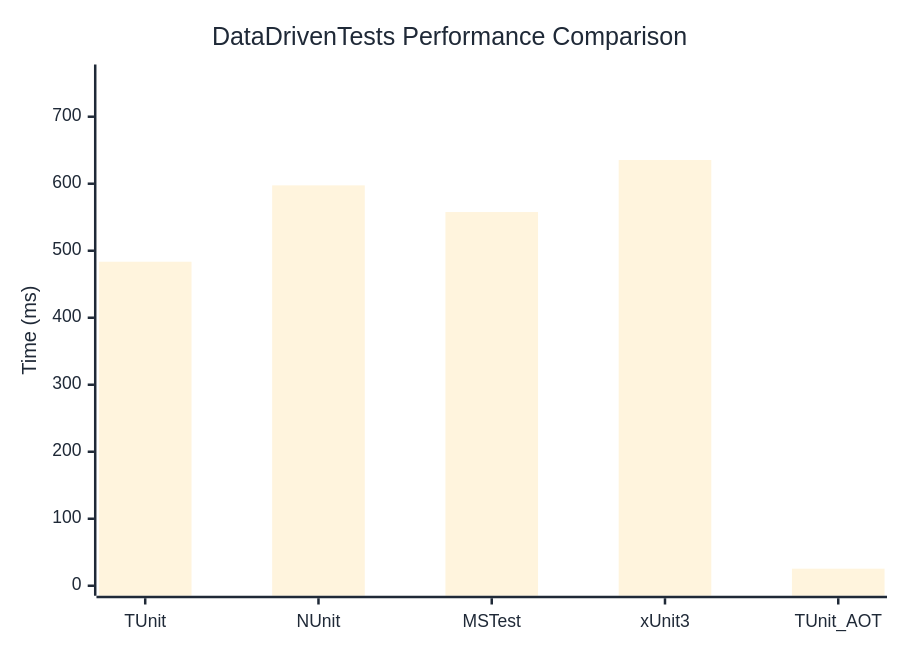
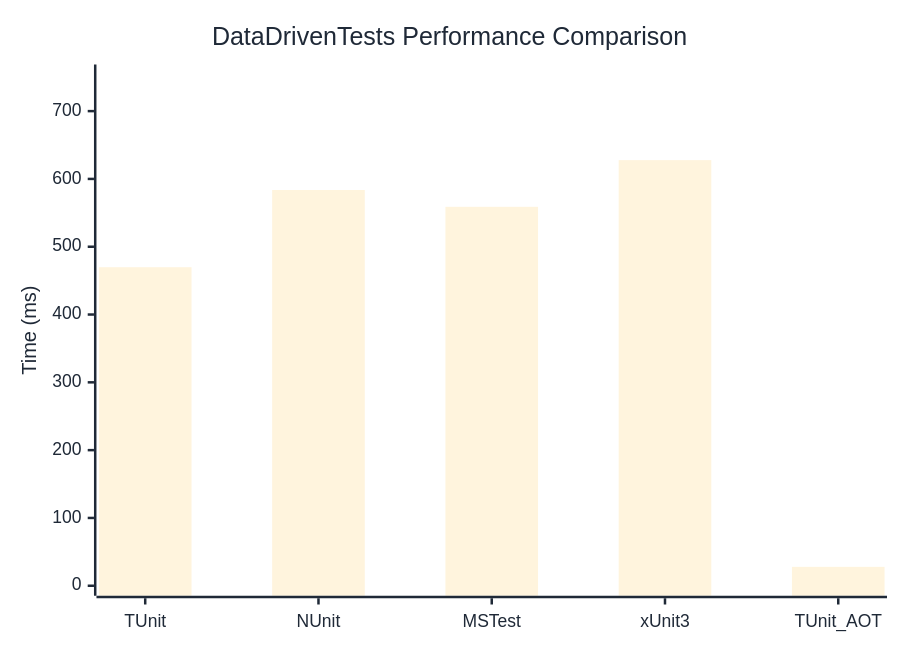
The diagram in docs/docs/benchmarks/DataDrivenTests.md (thomhurst/TUnit), drawn with Mermaid before and after one commit. The commit also changed other lines of this file and 17 other files, not shown here.

````diff
--- a/docs/docs/benchmarks/DataDrivenTests.md
+++ b/docs/docs/benchmarks/DataDrivenTests.md
@@ -27,37 +27,37 @@
 ```mermaid
 %%{init: {
   'theme':'base',
   'themeVariables': {
     'primaryColor': '#2563eb',
     'primaryTextColor': '#1f2937',
     'primaryBorderColor': '#1e40af',
     'lineColor': '#6b7280',
     'secondaryColor': '#7c3aed',
     'tertiaryColor': '#dc2626',
     'background': '#ffffff',
     'mainBkg': '#2563eb',
     'secondBkg': '#7c3aed',
     'tertiaryBkg': '#dc2626',
     'clusterBkg': '#f3f4f6',
     'edgeLabelBackground': '#ffffff',
     'tertiaryTextColor': '#1f2937',
     'pie1': '#2563eb',
     'pie2': '#7c3aed',
     'pie3': '#dc2626',
     'pie4': '#f59e0b',
     'pie5': '#10b981',
     'pie6': '#06b6d4',
     'pie7': '#ec4899',
     'pie8': '#6366f1',
     'pie9': '#84cc16',
     'pie10': '#f97316',
     'pie11': '#14b8a6',
     'pie12': '#a855f7'
   }
 }}%%
 xychart-beta
   title "DataDrivenTests Performance Comparison"
   x-axis ["TUnit", "NUnit", "MSTest", "xUnit3", "TUnit_AOT"]
-  y-axis "Time (ms)" 0 --> 763
-  bar [483.57, 597.53, 557.72, 635.35, 25.49]
+  y-axis "Time (ms)" 0 --> 754
+  bar [469.79, 583.68, 558.84, 627.69, 27.89]
 ```
````
